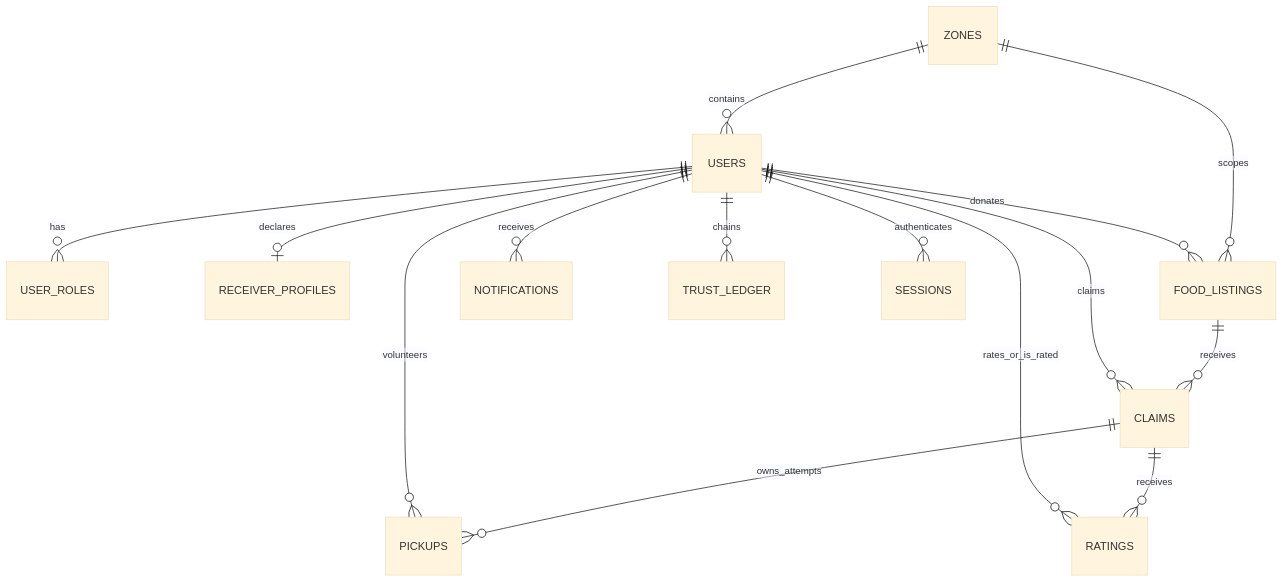
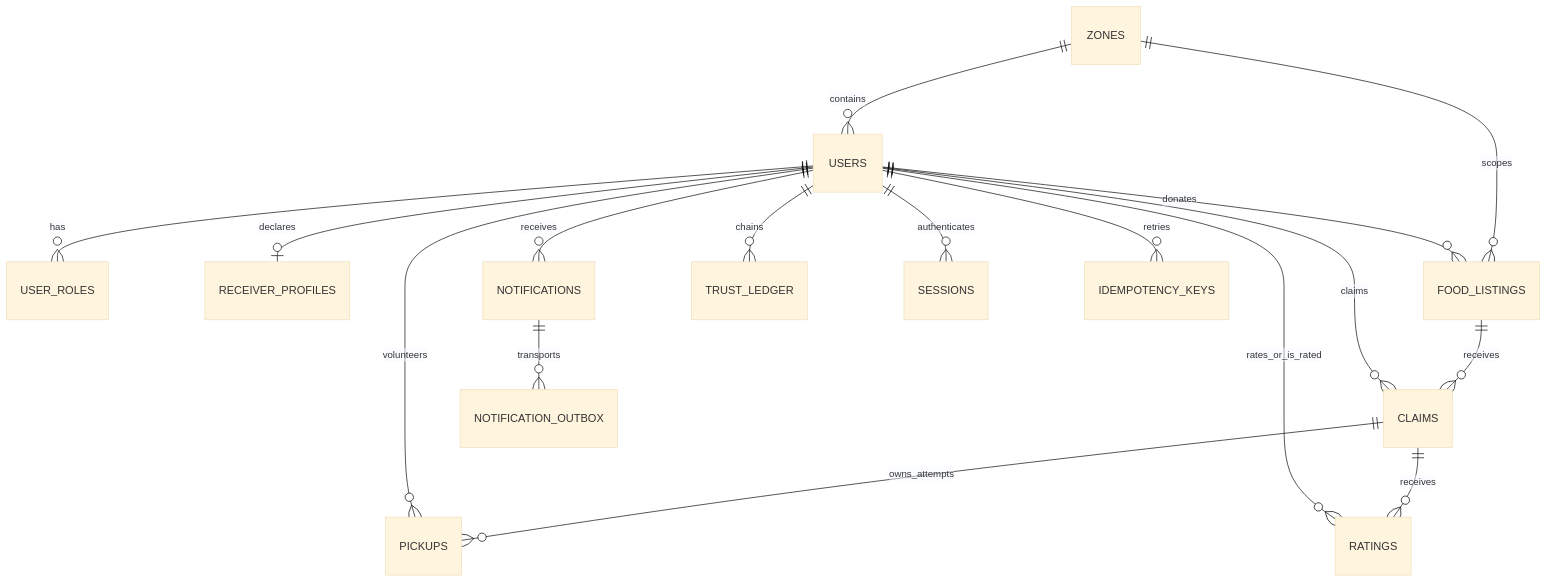
The diagram in docs/DATABASE.md (ryanfer123/DBTHON-26), drawn with Mermaid (base theme) before and after one commit. The commit also changed other lines of this file and 30 other files, not shown here.

Commit message:
Implement PostgreSQL schema, scoped claims, seeds and trust verification

````diff
--- a/docs/DATABASE.md
+++ b/docs/DATABASE.md
@@ -10,17 +12,19 @@
 ```mermaid
 erDiagram
     ZONES ||--o{ USERS : contains
     USERS ||--o{ USER_ROLES : has
     USERS ||--o| RECEIVER_PROFILES : declares
     ZONES ||--o{ FOOD_LISTINGS : scopes
     USERS ||--o{ FOOD_LISTINGS : donates
     FOOD_LISTINGS ||--o{ CLAIMS : receives
     USERS ||--o{ CLAIMS : claims
     CLAIMS ||--o{ PICKUPS : owns_attempts
     USERS ||--o{ PICKUPS : volunteers
     CLAIMS ||--o{ RATINGS : receives
     USERS ||--o{ RATINGS : rates_or_is_rated
     USERS ||--o{ NOTIFICATIONS : receives
     USERS ||--o{ TRUST_LEDGER : chains
     USERS ||--o{ SESSIONS : authenticates
+    USERS ||--o{ IDEMPOTENCY_KEYS : retries
+    NOTIFICATIONS ||--o{ NOTIFICATION_OUTBOX : transports
 ```
````
